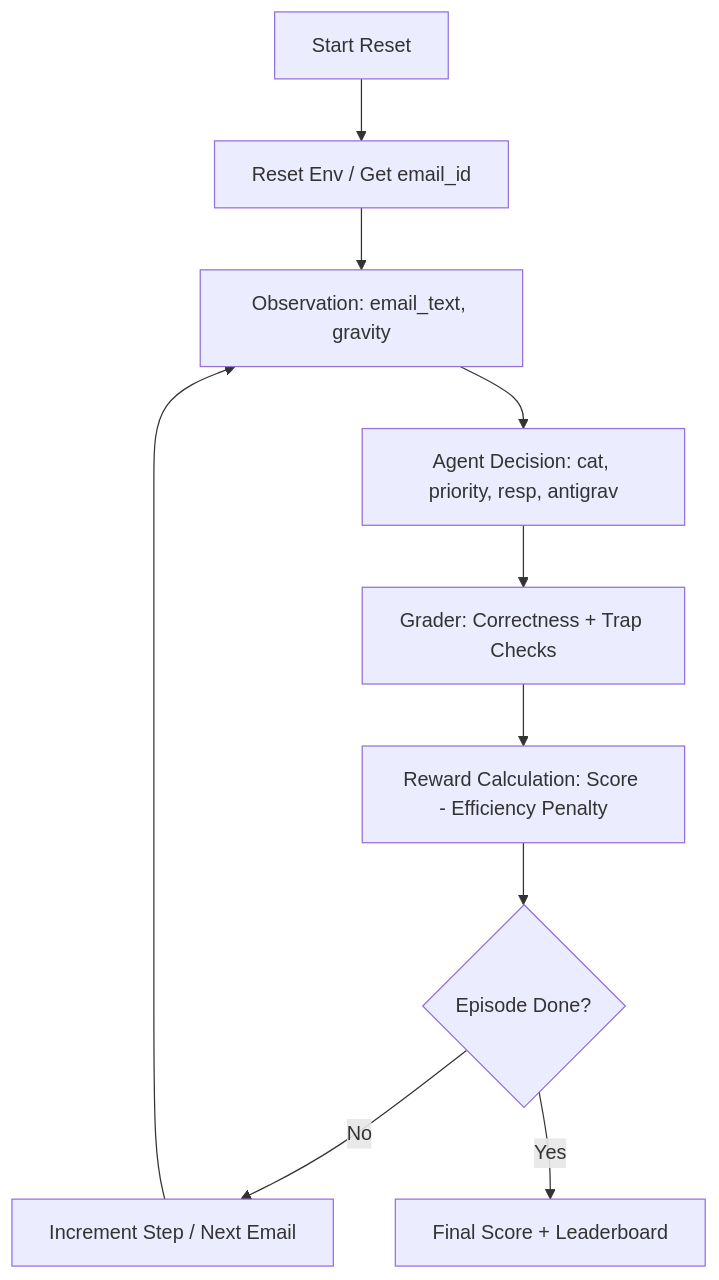
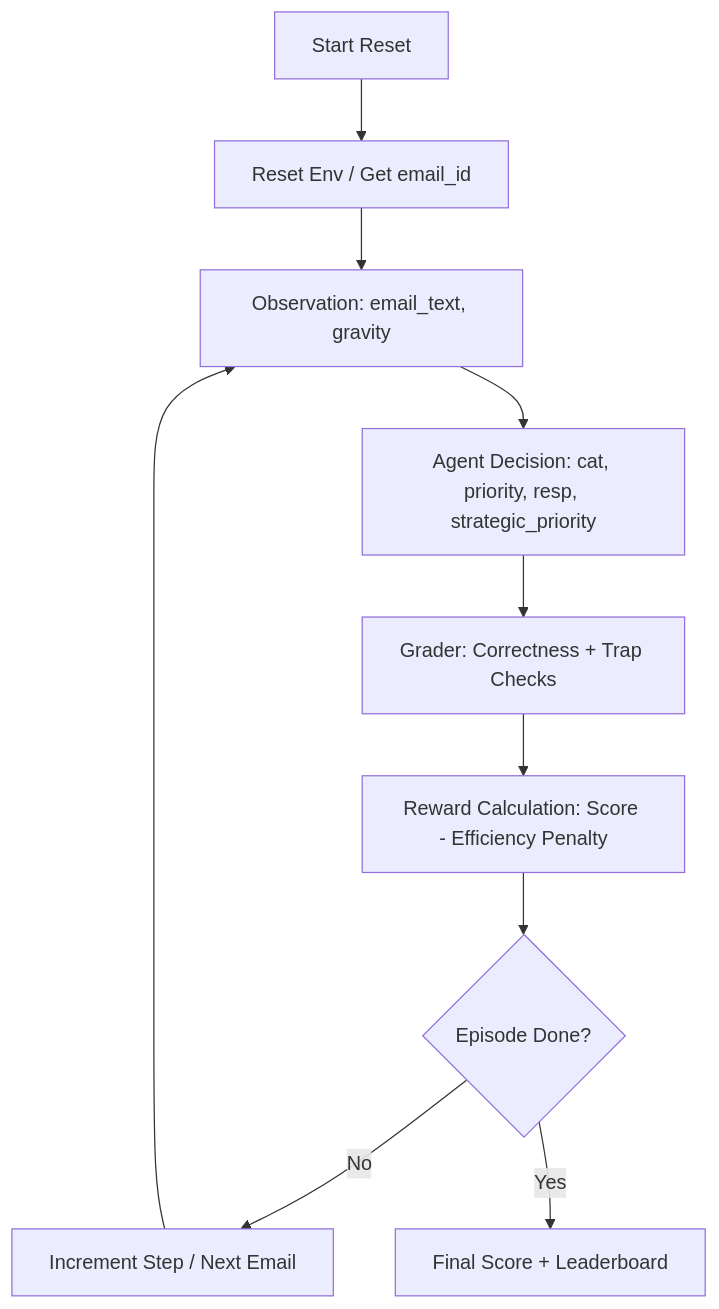
One commit to Nutricalboii/Email-Triage-Environment changed the diagram in README.md. Above: the diagram before and after it, drawn with Mermaid. The commit also changed other lines of this file and 15 other files, not shown here.

Commit message:
feat: complete professional rebranding (urgency/strategic_priority) and UI professionalization

````diff
--- a/README.md
+++ b/README.md
@@ -28,12 +28,12 @@
 ```mermaid
 graph TD
     A[Start Reset] --> B[Reset Env / Get email_id]
     B --> C[Observation: email_text, gravity]
-    C --> D[Agent Decision: cat, priority, resp, antigrav]
+    C --> D[Agent Decision: cat, priority, resp, strategic_priority]
     D --> E[Grader: Correctness + Trap Checks]
     E --> F[Reward Calculation: Score - Efficiency Penalty]
     F --> G{Episode Done?}
     G -- No --> H[Increment Step / Next Email]
     H --> C
     G -- Yes --> I[Final Score + Leaderboard]
 ```
````
